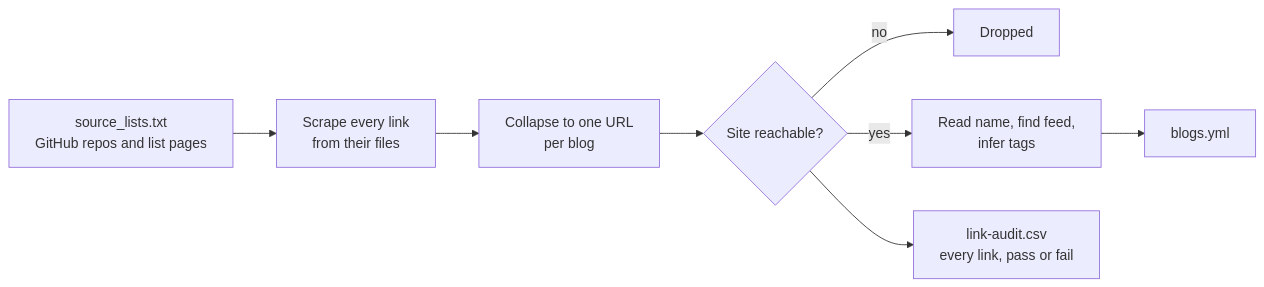
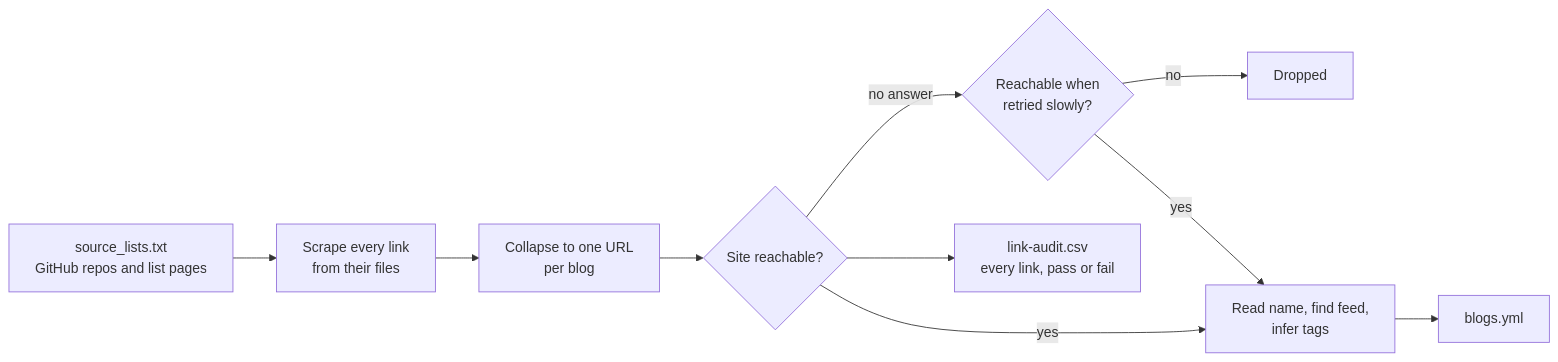
One commit to GitPaulo/blogme changed the second of 3 diagrams in sources/README.md. Above: the diagram before and after it, drawn with Mermaid. The commit also changed other lines of this file and 16 other files, not shown here.

````diff
--- a/sources/README.md
+++ b/sources/README.md
@@ -71,10 +79,12 @@
 ```mermaid
 flowchart LR
     A[source_lists.txt<br/>GitHub repos and list pages] --> B[Scrape every link<br/>from their files]
     B --> C[Collapse to one URL<br/>per blog]
     C --> D{Site reachable?}
-    D -->|no| X[Dropped]
+    D -->|no answer| RETRY{Reachable when<br/>retried slowly?}
+    RETRY -->|no| X[Dropped]
+    RETRY -->|yes| E
     D -->|yes| E[Read name, find feed,<br/>infer tags]
     E --> F[blogs.yml]
     D --> G[link-audit.csv<br/>every link, pass or fail]
 ```
````
